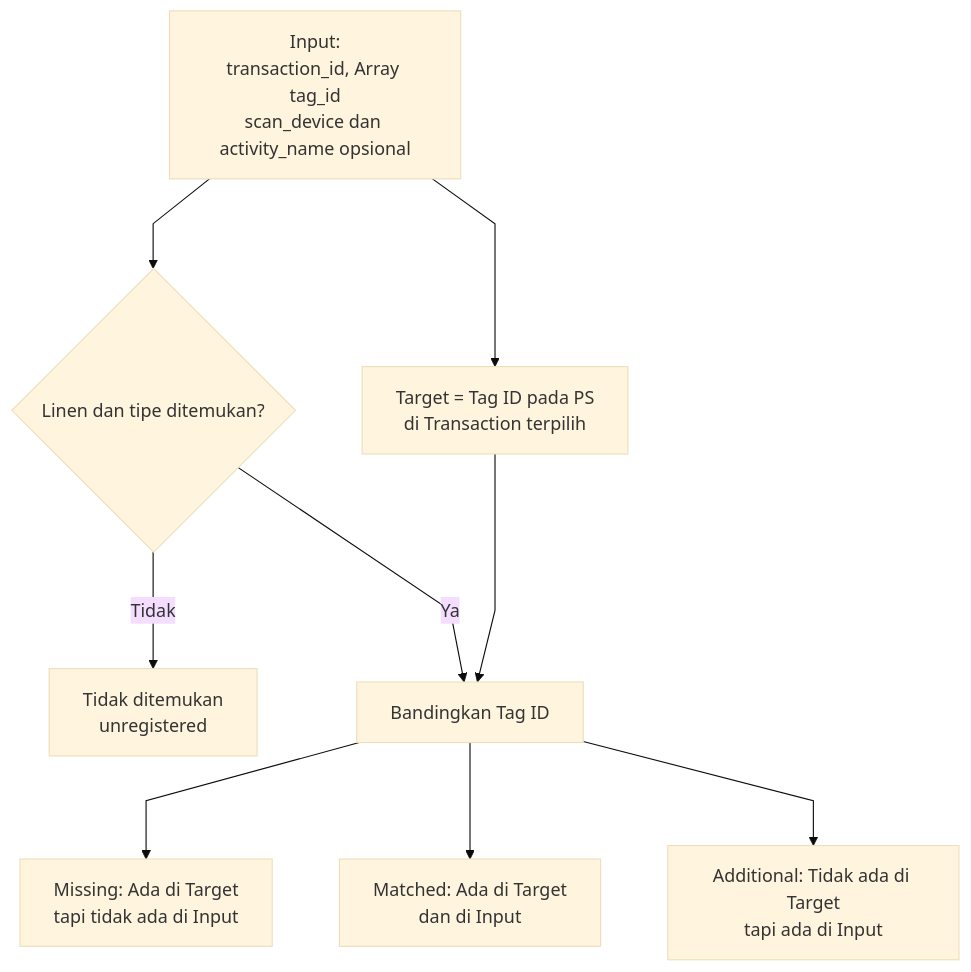
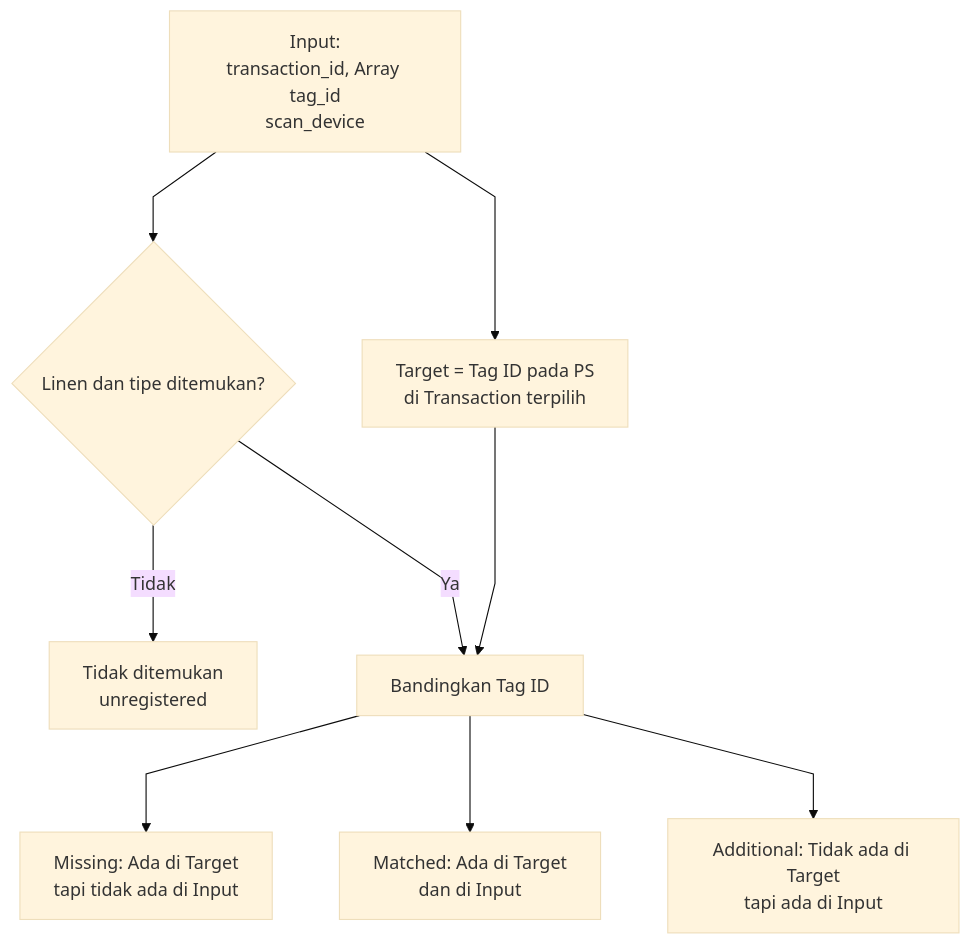
The second of 3 diagrams in laundry-activities/driver-pickup-clean.md (bagaskrmn/bac-flow-laundry), drawn with Mermaid (base theme) before and after one commit. The commit also changed other lines of this file and 1 other file, not shown here.

Commit message:
fix DPC dan IC

````diff
--- a/laundry-activities/driver-pickup-clean.md
+++ b/laundry-activities/driver-pickup-clean.md
@@ -12,16 +14,16 @@
 ```mermaid
 %%{init: {'flowchart': {'curve': 'linear', 'nodeSpacing': 60, 'rankSpacing': 80, 'diagramPadding': 24}}}%%
 flowchart TD
-    N_IN["Input:<br/>transaction_id, Array tag_id<br/>scan_device dan activity_name opsional"]
+    N_IN["Input:<br/>transaction_id, Array tag_id<br/>scan_device"]
     N_IN --> N_MASTER{"Linen dan tipe ditemukan?"}
     N_MASTER -->|Tidak| N_UNREG["Tidak ditemukan<br/>unregistered"]
 
     N_IN --> N_OSS["Target = Tag ID pada PS<br/>di Transaction terpilih"]
     N_MASTER -->|Ya| N_COMP["Bandingkan Tag ID"]
     N_OSS --> N_COMP
 
     N_COMP -->N_MS["Missing: Ada di Target<br/>tapi tidak ada di Input"]
     N_COMP -->N_MATCH["Matched: Ada di Target<br/>dan di Input"]
     N_COMP -->N_ADD["Additional: Tidak ada di Target<br/>tapi ada di Input"]
 
 ```
````
